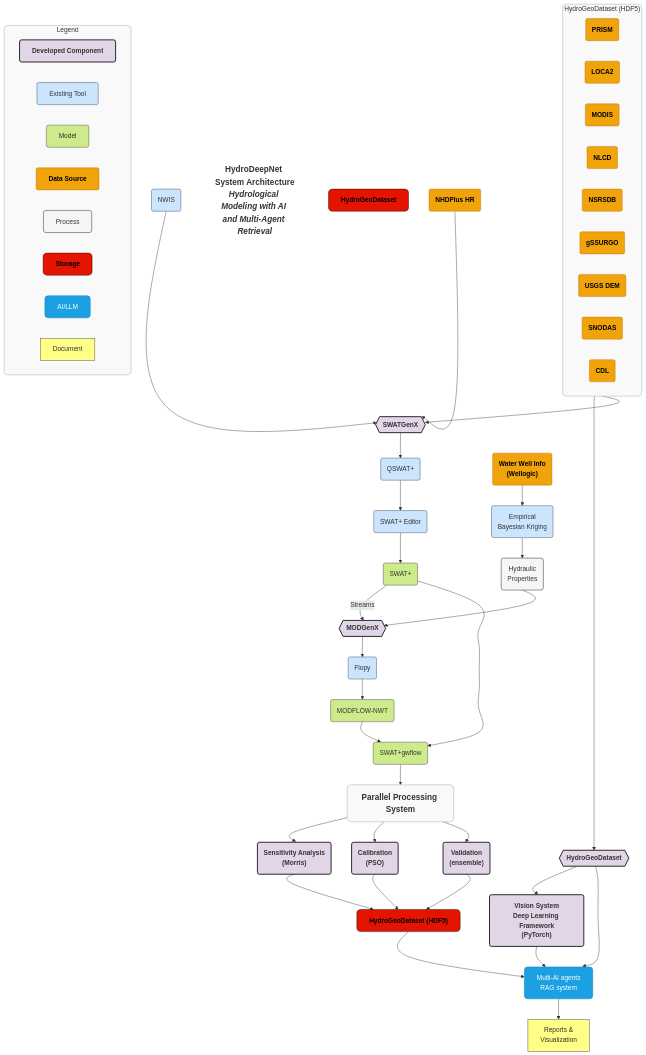
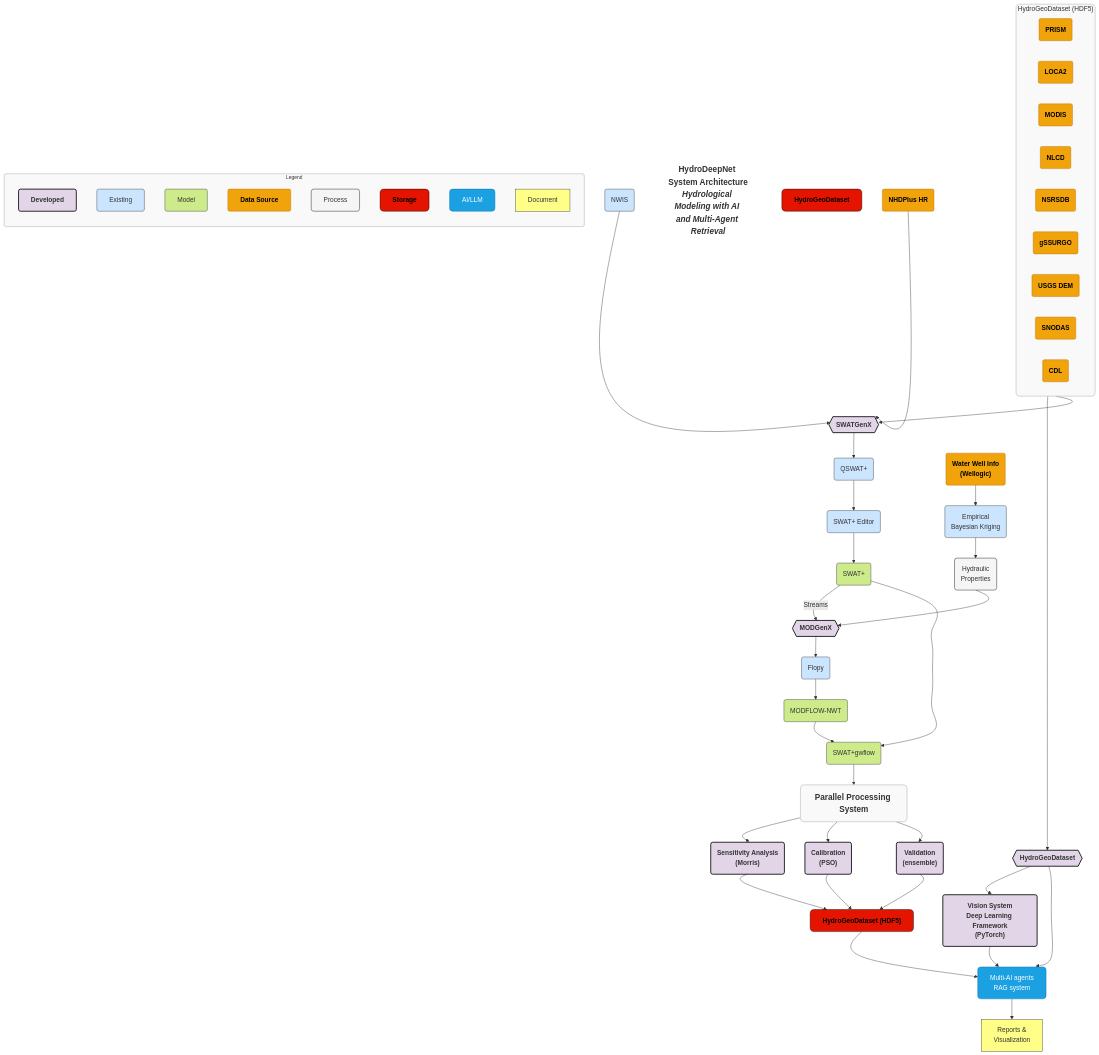
One commit to VahidMSU/HydroDeepNet changed the diagram in README.md. Above: the diagram before and after it, drawn with Mermaid.

Commit message:
Fix Mermaid rendering issue

````diff
--- a/README.md
+++ b/README.md
@@ -88,11 +88,11 @@
     HydroGeoProcessor --> MultiAI
     MultiAI --> Reports
     
-    %% Legend
+    %% Legend - smaller and positioned at bottom right
     subgraph Legend["Legend"]
-        direction LR
-        dev["Developed Component"]:::developed
-        ex["Existing Tool"]:::existing
+        direction TB
+        dev["Developed"]:::developed
+        ex["Existing"]:::existing
         mod["Model"]:::models
         ds["Data Source"]:::datasource
         proc["Process"]:::process
@@ -100,6 +100,9 @@
         ai["AI/LLM"]:::llm
         doc["Document"]:::document
     end
+
+    %% Position the legend at bottom right
+    %% (Done by positioning other elements around it)
 
     %% Enhanced styling with colors from the original diagram
     classDef title font-size:20px,fill:none,stroke:none,font-weight:bold,text-align:center
@@ -112,7 +115,9 @@
     classDef llm fill:#1ba1e2,stroke:#006EAF,stroke-width:1px,rx:8,ry:8,color:white
     classDef document fill:#ffff88,stroke:#36393d,stroke-width:1px
     
-    %% Subgraph styling
+    %% Subgraph styling - make legend more subtle
     classDef subgraphStyle fill:#f9f9f9,stroke:#999,stroke-width:1px,rx:10,ry:10,color:#333
-    class DataSources,Legend,PPS subgraphStyle
+    classDef legendStyle fill:#f9f9f9,stroke:#999,stroke-width:1px,rx:5,ry:5,color:#333,font-size:12px
+    class DataSources,PPS subgraphStyle
+    class Legend legendStyle
 ```
````
